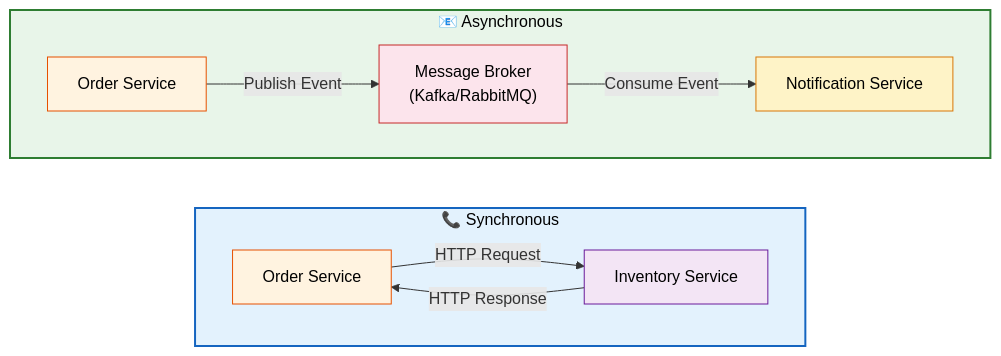
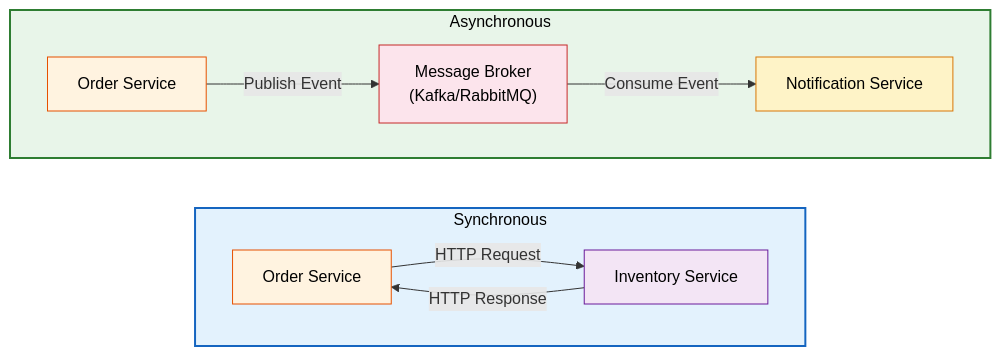
Before and after one commit to saivamsikaruturi/vamsilabs-dev-notes-main: the first of 6 diagrams in docs/microservices/InterServiceCommunication.md, drawn with Mermaid. The commit also changed other lines of this file and 21 other files, not shown here.

````diff
--- a/docs/microservices/InterServiceCommunication.md
+++ b/docs/microservices/InterServiceCommunication.md
@@ -10,22 +14,22 @@
 ```mermaid
 flowchart LR
-    subgraph Sync["📞 Synchronous"]
+    subgraph Sync["Synchronous"]
         direction LR
         A1["Order Service"] -->|"HTTP Request"| B1["Inventory Service"]
         B1 -->|"HTTP Response"| A1
     end
     
-    subgraph Async["📧 Asynchronous"]
+    subgraph Async["Asynchronous"]
         direction LR
         A2["Order Service"] -->|"Publish Event"| MQ["Message Broker<br/>(Kafka/RabbitMQ)"]
         MQ -->|"Consume Event"| B2["Notification Service"]
     end
     
     style Sync fill:#E3F2FD,stroke:#1565C0,stroke-width:2px,color:#000
     style Async fill:#E8F5E9,stroke:#2E7D32,stroke-width:2px,color:#000
     style A1 fill:#FFF3E0,stroke:#E65100,color:#000
     style B1 fill:#F3E5F5,stroke:#6A1B9A,color:#000
     style A2 fill:#FFF3E0,stroke:#E65100,color:#000
     style B2 fill:#FEF3C7,stroke:#D97706,color:#000
     style MQ fill:#FCE4EC,stroke:#C62828,color:#000
 ```
````
